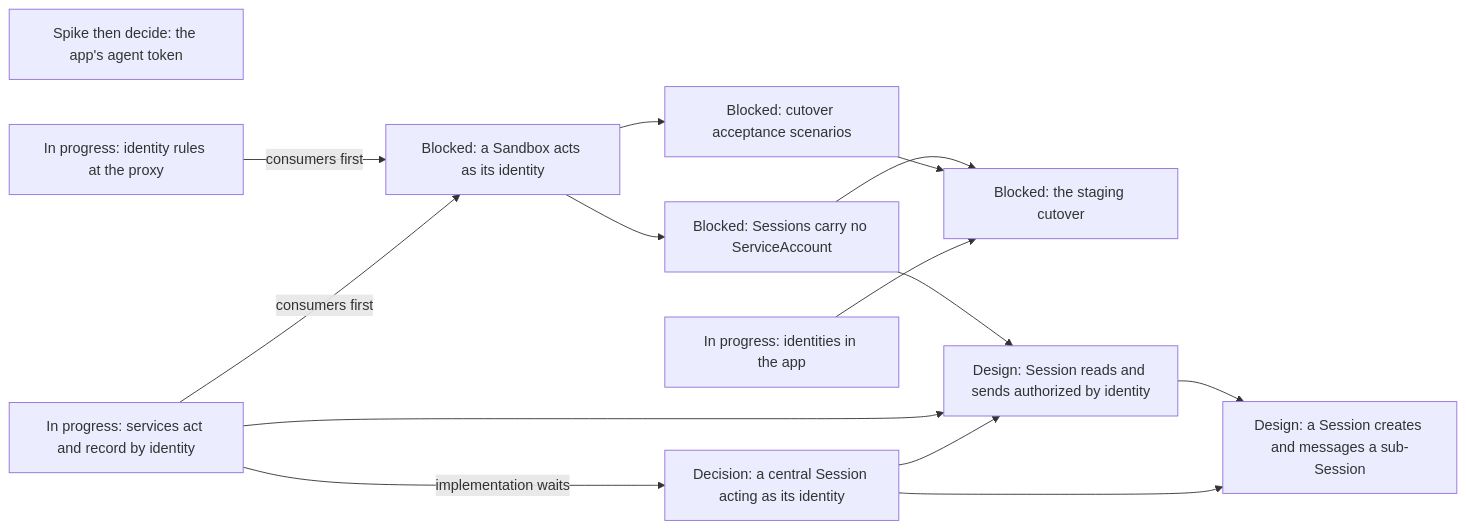
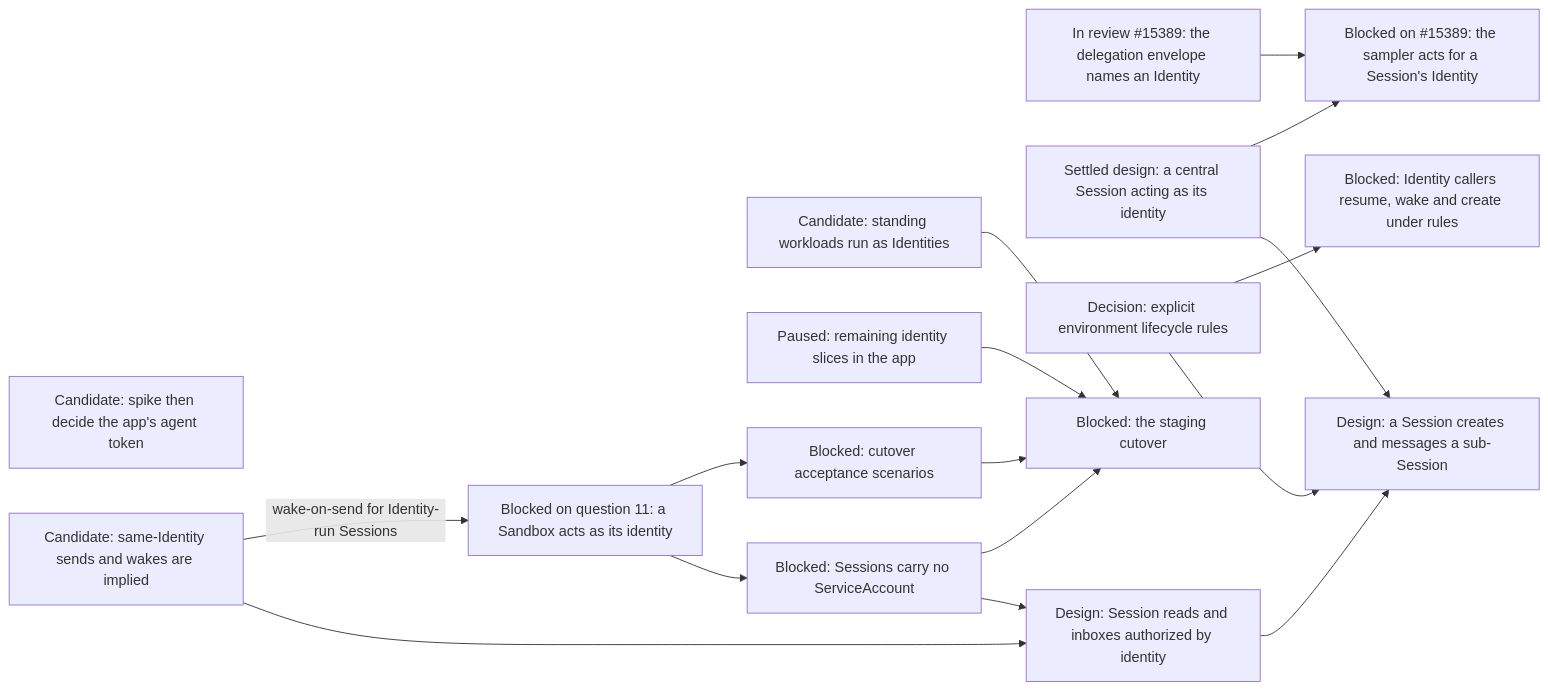
Before and after one commit to agentydragon/ducktape: diagram 17 of 19 in agentplane/plans/task_dag.md, drawn with Mermaid. The commit also changed other lines of this file and 4 other files, not shown here.

First line of the commit message:
agentplane/plans: re-sequence the identity and Sessions migration around open question 11

````diff
--- a/agentplane/plans/task_dag.md
+++ b/agentplane/plans/task_dag.md
@@ -3037,24 +3098,30 @@
 ```mermaid
 flowchart LR
-    APP_AGENT_TOKEN_DECISION[Spike then decide: the app's agent token]
-    CENTRAL_SESSION_ACTING_DESIGN[Decision: a central Session acting as its identity]
-    SERVICES_IDENTITY_PRINCIPAL -->|implementation waits| CENTRAL_SESSION_ACTING_DESIGN
-    APP_IDENTITIES_UI[In progress: identities in the app]
-    EGRESS_IDENTITY_RULES[In progress: identity rules at the proxy]
-    SERVICES_IDENTITY_PRINCIPAL[In progress: services act and record by identity]
-    SANDBOX_IDENTITY_SPEC[Blocked: a Sandbox acts as its identity]
-    EGRESS_IDENTITY_RULES -->|consumers first| SANDBOX_IDENTITY_SPEC
-    SERVICES_IDENTITY_PRINCIPAL -->|consumers first| SANDBOX_IDENTITY_SPEC
+    APP_AGENT_TOKEN_DECISION[Candidate: spike then decide the app's agent token]
+    SERVICES_IDENTITY_PRINCIPAL[In review #15389: the delegation envelope names an Identity]
+    CENTRAL_SESSION_ACTING_DESIGN[Settled design: a central Session acting as its identity]
+    CENTRAL_SESSION_DELEGATED_ACTING[Blocked on #15389: the sampler acts for a Session's Identity]
+    SERVICES_IDENTITY_PRINCIPAL --> CENTRAL_SESSION_DELEGATED_ACTING
+    CENTRAL_SESSION_ACTING_DESIGN --> CENTRAL_SESSION_DELEGATED_ACTING
+    STANDING_WORKLOAD_IDENTITY[Candidate: standing workloads run as Identities]
+    SESSION_IDENTITY_MESSAGING[Candidate: same-Identity sends and wakes are implied]
+    ENVIRONMENT_RULE_TYPE_DESIGN[Decision: explicit environment lifecycle rules]
+    ENVIRONMENT_LIFECYCLE_RULES[Blocked: Identity callers resume, wake and create under rules]
+    ENVIRONMENT_RULE_TYPE_DESIGN --> ENVIRONMENT_LIFECYCLE_RULES
+    APP_IDENTITIES_UI[Paused: remaining identity slices in the app]
+    SANDBOX_IDENTITY_SPEC[Blocked on question 11: a Sandbox acts as its identity]
+    SESSION_IDENTITY_MESSAGING -->|wake-on-send for Identity-run Sessions| SANDBOX_IDENTITY_SPEC
     SANDBOX_IDENTITY_SPEC --> IDENTITY_SYSTEM_TESTS[Blocked: cutover acceptance scenarios]
     SANDBOX_IDENTITY_SPEC --> SESSION_SA_PRINCIPAL_REMOVAL[Blocked: Sessions carry no ServiceAccount]
     SESSION_SA_PRINCIPAL_REMOVAL --> IDENTITY_CUTOVER
     SESSION_SA_PRINCIPAL_REMOVAL --> SESSION_IDENTITY_AUTHZ
     SESSION_SUBAGENT_DELEGATION[Design: a Session creates and messages a sub-Session]
     SESSION_IDENTITY_AUTHZ --> SESSION_SUBAGENT_DELEGATION
+    ENVIRONMENT_RULE_TYPE_DESIGN --> SESSION_SUBAGENT_DELEGATION
     CENTRAL_SESSION_ACTING_DESIGN --> SESSION_SUBAGENT_DELEGATION
     IDENTITY_SYSTEM_TESTS --> IDENTITY_CUTOVER[Blocked: the staging cutover]
+    STANDING_WORKLOAD_IDENTITY --> IDENTITY_CUTOVER
     APP_IDENTITIES_UI --> IDENTITY_CUTOVER
-    SESSION_IDENTITY_AUTHZ[Design: Session reads and sends authorized by identity]
-    SERVICES_IDENTITY_PRINCIPAL --> SESSION_IDENTITY_AUTHZ
-    CENTRAL_SESSION_ACTING_DESIGN --> SESSION_IDENTITY_AUTHZ
+    SESSION_IDENTITY_AUTHZ[Design: Session reads and inboxes authorized by identity]
+    SESSION_IDENTITY_MESSAGING --> SESSION_IDENTITY_AUTHZ
 ```
````
